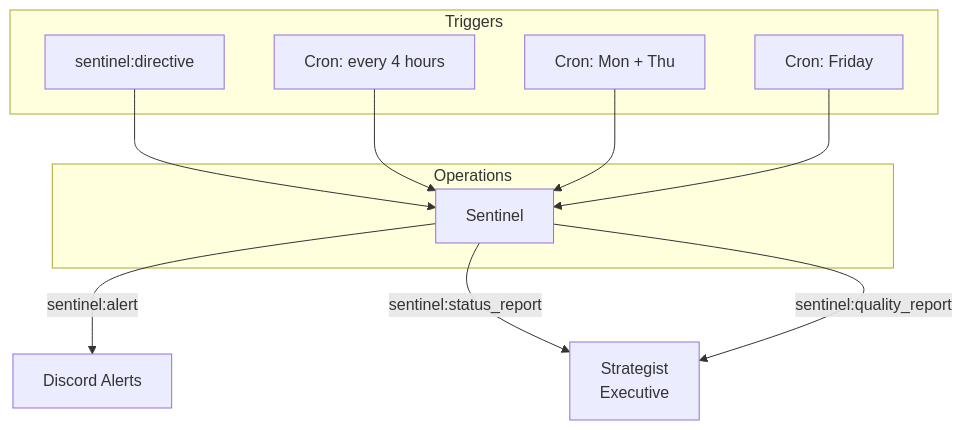
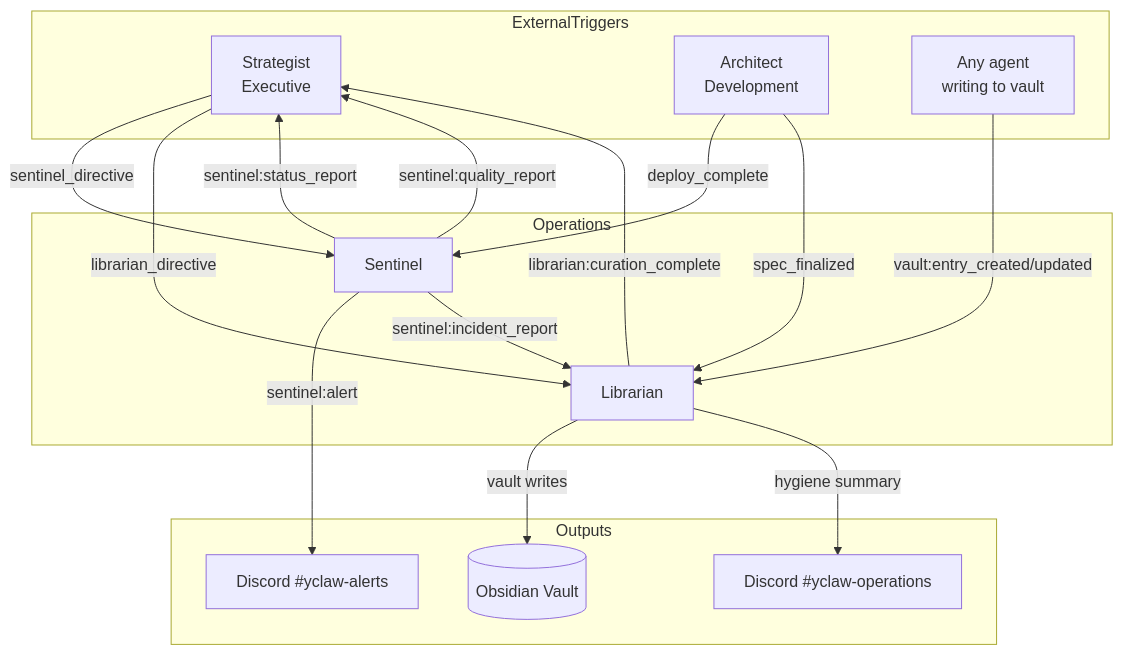
The diagram in departments/operations/README.md (YClawAI/YClaw), drawn with Mermaid before and after one commit. The commit also changed other lines of this file and 12 other files, not shown here.

````diff
--- a/departments/operations/README.md
+++ b/departments/operations/README.md
@@ -14,22 +18,34 @@
 ```mermaid
 flowchart TD
-    subgraph Triggers
-        DIRECTIVE[sentinel:directive]
-        CRON_HEALTH[Cron: every 4 hours]
-        CRON_QUALITY[Cron: Mon + Thu]
-        CRON_DIGEST[Cron: Friday]
+    subgraph ExternalTriggers
+        STRATEGIST[Strategist<br/>Executive]
+        ARCHITECT[Architect<br/>Development]
+        OTHER_AGENTS[Any agent<br/>writing to vault]
     end
 
     subgraph Operations
         SENTINEL[Sentinel]
+        LIBRARIAN[Librarian]
     end
 
-    DIRECTIVE --> SENTINEL
-    CRON_HEALTH --> SENTINEL
-    CRON_QUALITY --> SENTINEL
-    CRON_DIGEST --> SENTINEL
+    subgraph Outputs
+        DISCORD_OPS[Discord #yclaw-operations]
+        DISCORD_ALERTS[Discord #yclaw-alerts]
+        VAULT[(Obsidian Vault)]
+    end
 
-    SENTINEL -- sentinel:alert --> DISCORD[Discord Alerts]
-    SENTINEL -- sentinel:status_report --> STRATEGIST[Strategist<br/>Executive]
+    STRATEGIST -- sentinel_directive --> SENTINEL
+    STRATEGIST -- librarian_directive --> LIBRARIAN
+    ARCHITECT -- deploy_complete --> SENTINEL
+    ARCHITECT -- spec_finalized --> LIBRARIAN
+    OTHER_AGENTS -- vault:entry_created/updated --> LIBRARIAN
+
+    SENTINEL -- sentinel:alert --> DISCORD_ALERTS
+    SENTINEL -- sentinel:status_report --> STRATEGIST
     SENTINEL -- sentinel:quality_report --> STRATEGIST
+    SENTINEL -- sentinel:incident_report --> LIBRARIAN
+
+    LIBRARIAN -- vault writes --> VAULT
+    LIBRARIAN -- librarian:curation_complete --> STRATEGIST
+    LIBRARIAN -- hygiene summary --> DISCORD_OPS
 ```
````
